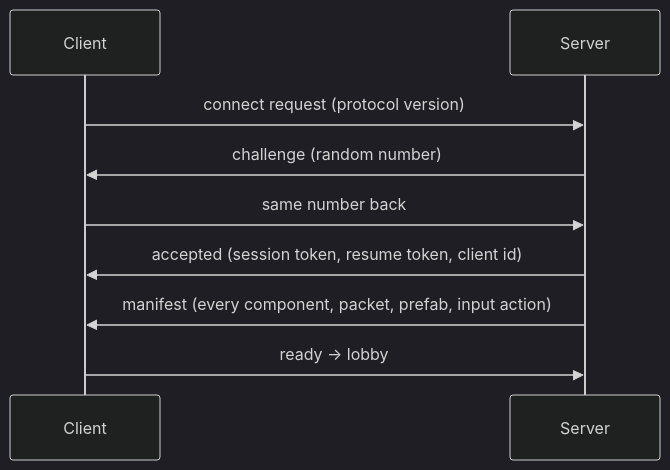
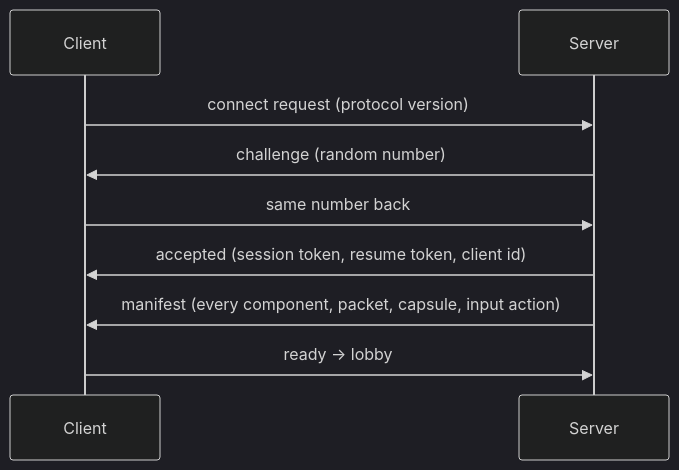
One commit to Charles-Mahoudeau/rtype changed the second of 2 diagrams in docs/network/overview.md. Above: the diagram before and after it, drawn with Mermaid (dark theme). The commit also changed 9 other files, not shown here.

````diff
--- a/docs/network/overview.md
+++ b/docs/network/overview.md
@@ -76,11 +76,11 @@
 ```mermaid
 sequenceDiagram
     participant C as Client
     participant S as Server
     C->>S: connect request (protocol version)
     S->>C: challenge (random number)
     C->>S: same number back
     S->>C: accepted (session token, resume token, client id)
-    S->>C: manifest (every component, packet, prefab, input action)
+    S->>C: manifest (every component, packet, capsule, input action)
     C->>S: ready → lobby
 ```
````
